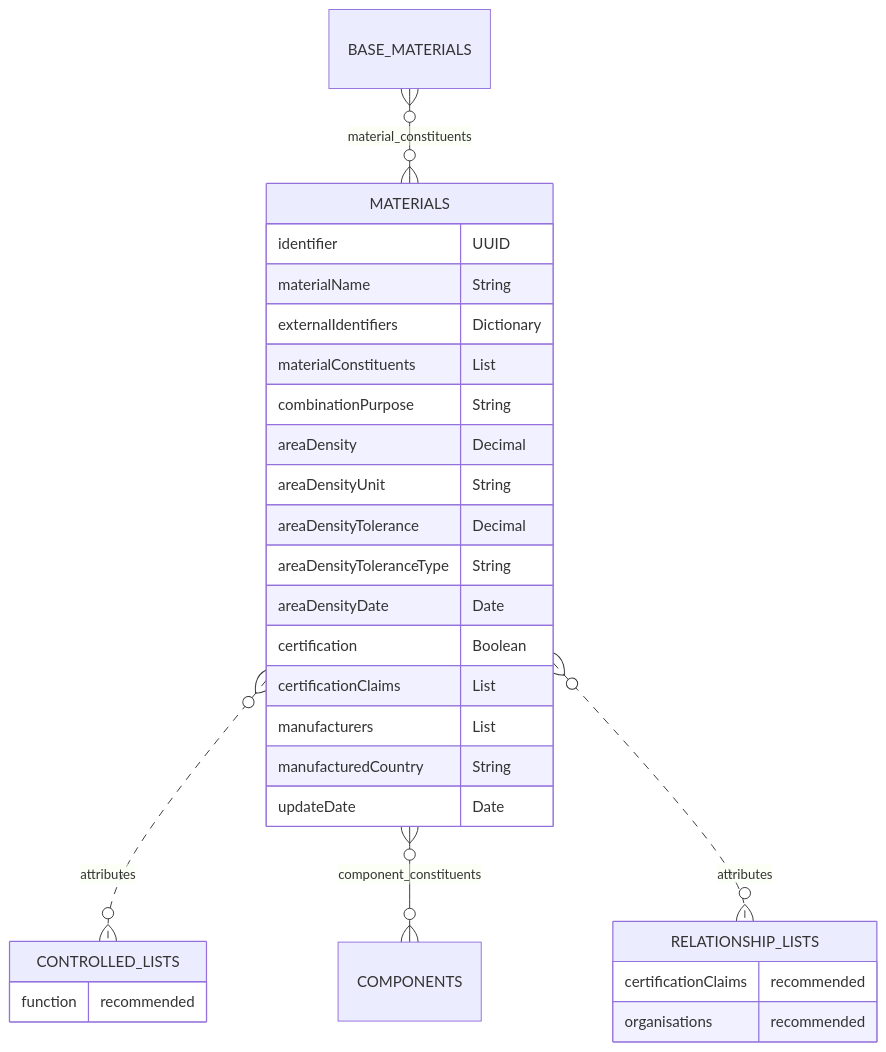
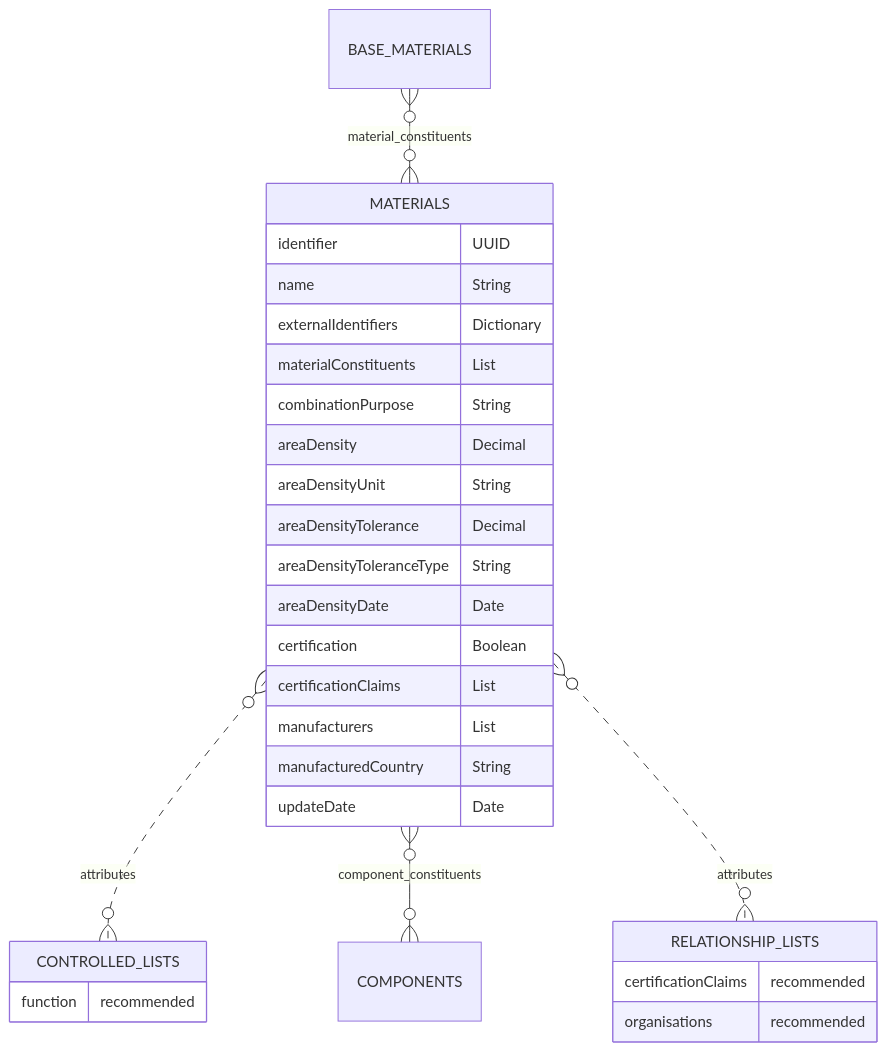
The diagram in docs/3_Data_Specification/3_2_Materials.md (OpenDataManchester/Open3P), drawn with Mermaid before and after one commit. The commit also changed other lines of this file, not shown here.

Commit message:
Removed material from field names

````diff
--- a/docs/3_Data_Specification/3_2_Materials.md
+++ b/docs/3_Data_Specification/3_2_Materials.md
@@ -31,31 +31,31 @@
 ``` mermaid
 erDiagram
 BASE_MATERIALS }o--o{ MATERIALS : material_constituents
   MATERIALS {
     identifier UUID
-    materialName String
+    name String
     externalIdentifiers Dictionary
     materialConstituents List
     combinationPurpose String
     areaDensity Decimal
     areaDensityUnit String
     areaDensityTolerance Decimal
     areaDensityToleranceType String
     areaDensityDate Date
     certification Boolean
     certificationClaims List
     manufacturers List
     manufacturedCountry String
     updateDate Date
   }
   MATERIALS }o..o{ CONTROLLED_LISTS : attributes
   MATERIALS }o--o{ COMPONENTS : component_constituents
   MATERIALS }o..o{ RELATIONSHIP_LISTS : attributes
         CONTROLLED_LISTS {
     function recommended
     }
         RELATIONSHIP_LISTS {
     certificationClaims recommended
     organisations recommended
       }
 ```
````
